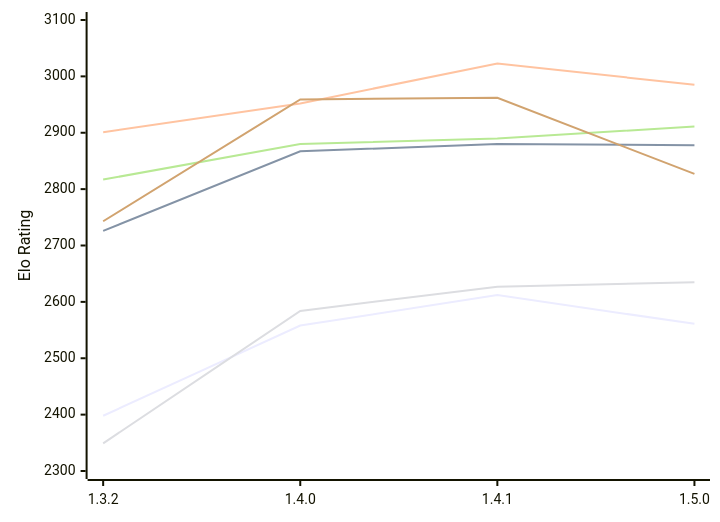
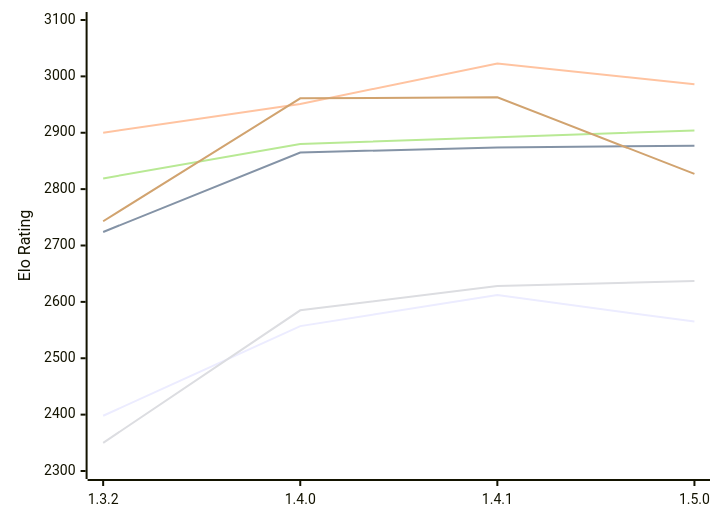
One commit to computer-chess-index/cci changed the diagram in engines/Maharajah.md. Above: the diagram before and after it, drawn with Mermaid. The commit also changed other lines of this file, not shown here.

Commit message:
Update CCI Ratings (ELO VLTC) - 2026-11-28

````diff
--- a/engines/Maharajah.md
+++ b/engines/Maharajah.md
@@ -53,12 +53,12 @@
 ```mermaid
 %%{init: {"theme":"base","themeVariables":{"seriesColors:['#a3a3a3','#222221','#faa371']}}}%%
 xychart-beta
   x-axis ["1.3.2", "1.4.0", "1.4.1", "1.5.0"]
   y-axis "Elo Rating" 2300 --> 3100
-  line "E1: STC (8.0+0.08s)" [2398, 2558, 2612, 2561]
-  line "E1: LTC (60.0+0.60s)" [2726, 2867, 2880, 2878]
-  line "E1: VLTC (2m24s+1.12s)" [2901, 2952, 3023, 2985]
-  line "P1: STC (8.0+0.08s)" [2349, 2584, 2627, 2635]
-  line "P1: LTC (60.0+0.60s)" [2817, 2880, 2890, 2911]
-  line "P1: VLTC (2m24s+1.12s)" [2743, 2959, 2962, 2827]
+  line "E1: STC (8.0+0.08s)" [2398, 2557, 2612, 2565]
+  line "E1: LTC (60.0+0.60s)" [2724, 2865, 2874, 2877]
+  line "E1: VLTC (2m24s+1.12s)" [2900, 2951, 3023, 2986]
+  line "P1: STC (8.0+0.08s)" [2350, 2585, 2628, 2637]
+  line "P1: LTC (60.0+0.60s)" [2819, 2880, 2892, 2904]
+  line "P1: VLTC (2m24s+1.12s)" [2743, 2961, 2963, 2827]
 ```
````
